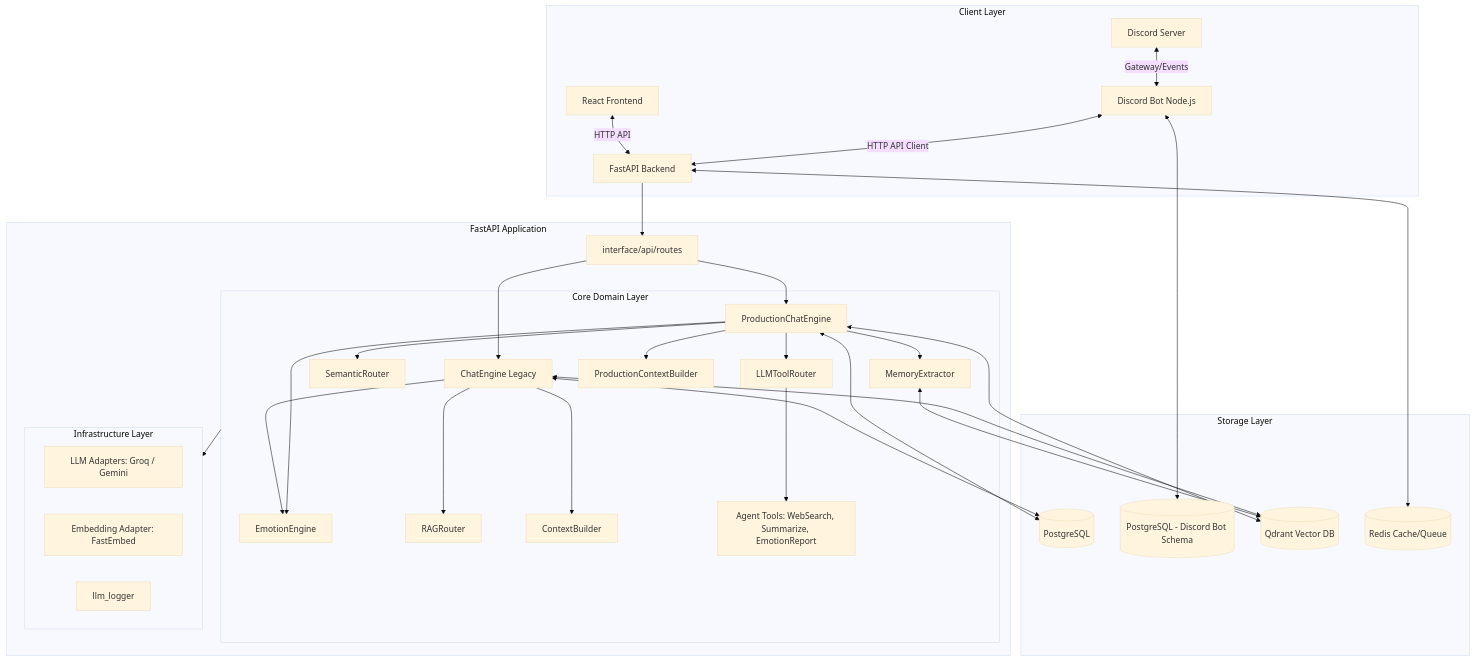
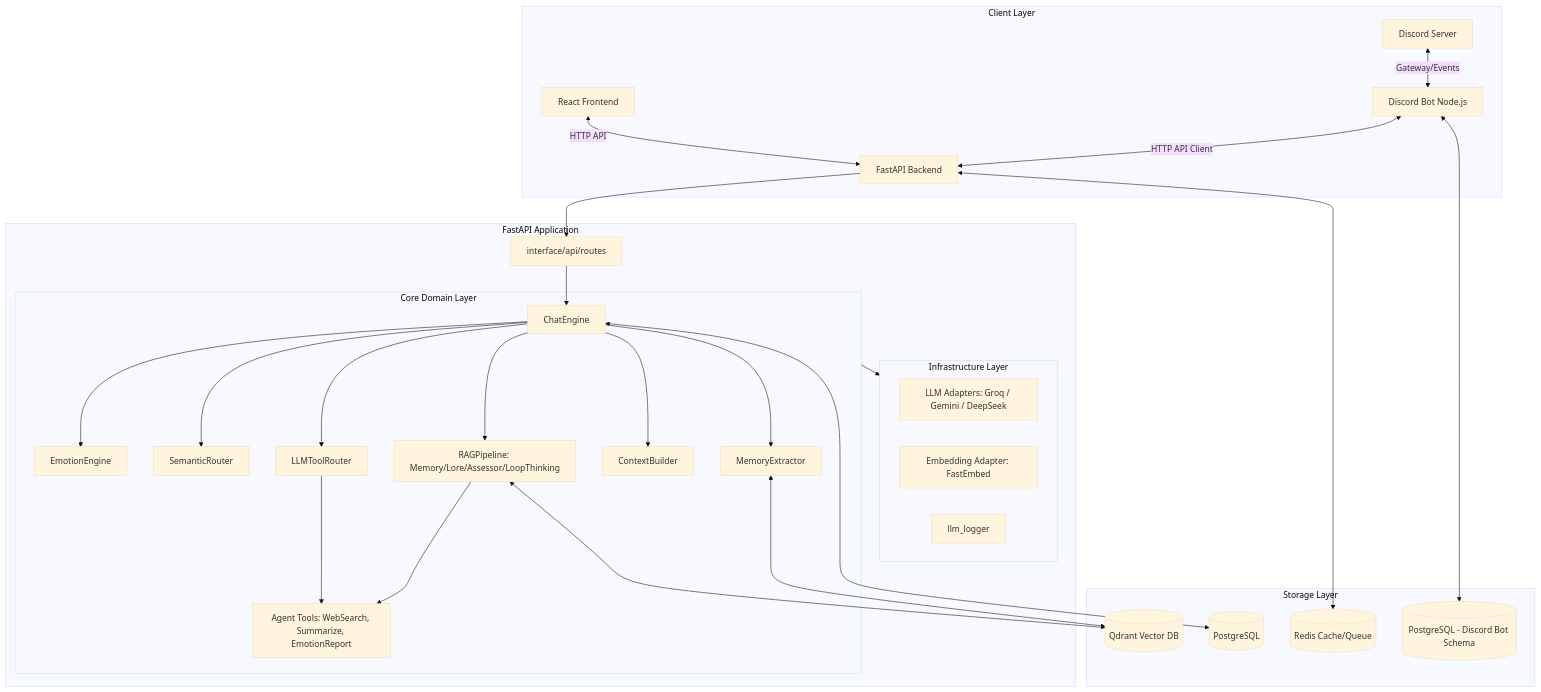
One commit to HoanBuCon/Kuchiba-Chisa changed the first of 2 diagrams in PHAN_TICH_WORKSPACE_CHI_TIET.md. Above: the diagram before and after it, drawn with Mermaid (base theme). The commit also changed other lines of this file and 68 other files, not shown here.

````diff
--- a/PHAN_TICH_WORKSPACE_CHI_TIET.md
+++ b/PHAN_TICH_WORKSPACE_CHI_TIET.md
@@ -23,40 +23,40 @@
 ```mermaid
 flowchart TD
     subgraph Clients [Client Layer]
         FE[React Frontend] <-->|HTTP API| API[FastAPI Backend]
         DBot[Discord Bot Node.js] <-->|HTTP API Client| API
         DiscordPlatform[Discord Server] <-->|Gateway/Events| DBot
     end
 
     subgraph Backend [FastAPI Application]
         API --> Routes[interface/api/routes]
-        Routes --> LegacyCE[ChatEngine Legacy]
-        Routes --> ProdCE[ProductionChatEngine]
+        Routes --> CE[ChatEngine]
         
         subgraph Domain [Core Domain Layer]
-            LegacyCE & ProdCE --> EE[EmotionEngine]
-            LegacyCE --> RR[RAGRouter]
-            LegacyCE --> CB[ContextBuilder]
-            ProdCE --> SR[SemanticRouter]
-            ProdCE --> TR[LLMToolRouter]
-            ProdCE --> PCB[ProductionContextBuilder]
-            ProdCE --> ME[MemoryExtractor]
+            CE --> EE[EmotionEngine]
+            CE --> SR[SemanticRouter]
+            CE --> TR[LLMToolRouter]
+            CE --> RAGP[RAGPipeline: Memory/Lore/Assessor/LoopThinking]
+            CE --> CB[ContextBuilder]
+            CE --> ME[MemoryExtractor]
             TR --> AT[Agent Tools: WebSearch, Summarize, EmotionReport]
+            RAGP --> AT
         end
 
         subgraph Infra [Infrastructure Layer]
-            LLM[LLM Adapters: Groq / Gemini]
+            LLM[LLM Adapters: Groq / Gemini / DeepSeek]
             Embed[Embedding Adapter: FastEmbed]
             LLMLog[llm_logger]
         end
     end
 
     subgraph Storage [Storage Layer]
-        LegacyCE & ProdCE <--> DB[(PostgreSQL)]
+        CE <--> DB[(PostgreSQL)]
         DBot <--> DiscordDB[(PostgreSQL - Discord Bot Schema)]
-        ME & LegacyCE & ProdCE <--> Qdrant[(Qdrant Vector DB)]
+        RAGP <--> Qdrant[(Qdrant Vector DB)]
+        ME <--> Qdrant
         API <--> Redis[(Redis Cache/Queue)]
     end
 
     Domain --> Infra
 ```
````
